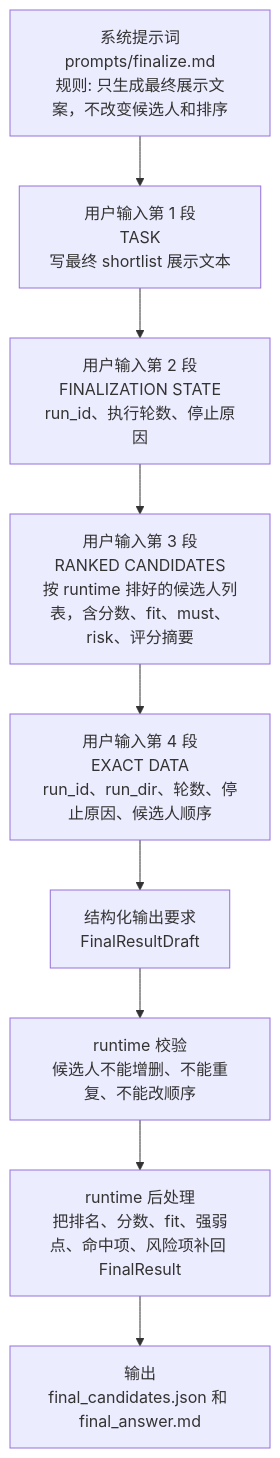
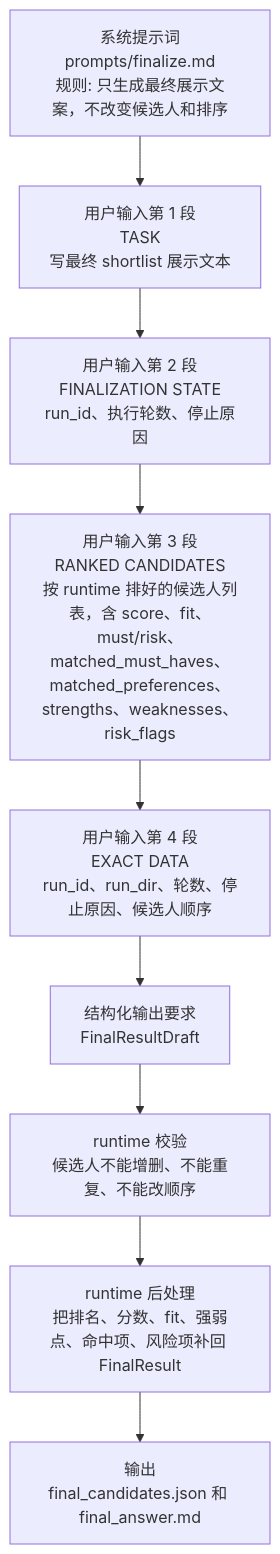
Before and after one commit to FrankQDWang/cv-match: the eighth of 10 diagrams in docs/llm-context-composition.zh-CN.md, drawn with Mermaid. The commit also changed other lines of this file and 1 other file, not shown here.

````diff
--- a/docs/llm-context-composition.zh-CN.md
+++ b/docs/llm-context-composition.zh-CN.md
@@ -189,11 +191,11 @@
 ```mermaid
 flowchart TD
     A["系统提示词<br/>prompts/finalize.md<br/>规则: 只生成最终展示文案，不改变候选人和排序"] --> B["用户输入第 1 段<br/>TASK<br/>写最终 shortlist 展示文本"]
     B --> C["用户输入第 2 段<br/>FINALIZATION STATE<br/>run_id、执行轮数、停止原因"]
-    C --> D["用户输入第 3 段<br/>RANKED CANDIDATES<br/>按 runtime 排好的候选人列表，含分数、fit、must、risk、评分摘要"]
+    C --> D["用户输入第 3 段<br/>RANKED CANDIDATES<br/>按 runtime 排好的候选人列表，含 score、fit、must/risk、matched_must_haves、matched_preferences、strengths、weaknesses、risk_flags"]
     D --> E["用户输入第 4 段<br/>EXACT DATA<br/>run_id、run_dir、轮数、停止原因、候选人顺序"]
     E --> F["结构化输出要求<br/>FinalResultDraft"]
     F --> G["runtime 校验<br/>候选人不能增删、不能重复、不能改顺序"]
     G --> H["runtime 后处理<br/>把排名、分数、fit、强弱点、命中项、风险项补回 FinalResult"]
     H --> I["输出<br/>final_candidates.json 和 final_answer.md"]
 ```
````
